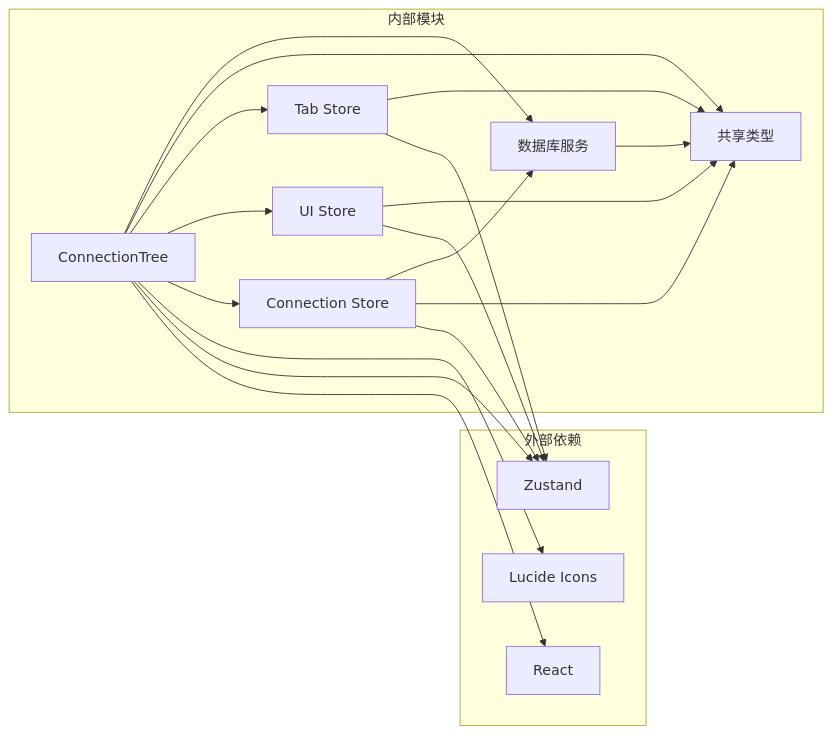
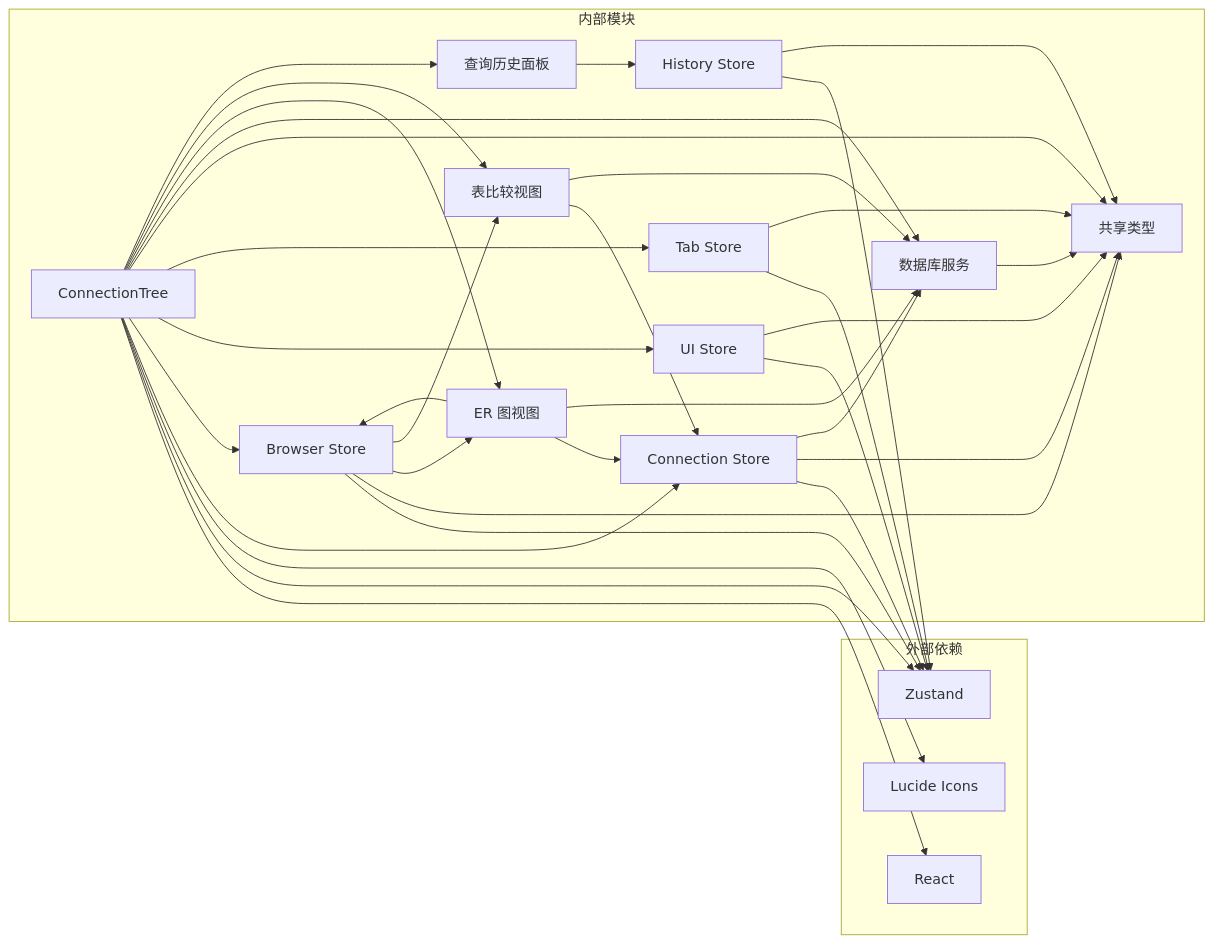
Diagram 13 of 13 in .qoder/repowiki/zh/content/前端组件系统/连接树组件.md (wwenbo2048/nexsql), drawn with Mermaid before and after one commit. The commit also changed other lines of this file and 19 other files, not shown here.

````diff
--- a/.qoder/repowiki/zh/content/前端组件系统/连接树组件.md
+++ b/.qoder/repowiki/zh/content/前端组件系统/连接树组件.md
@@ -259,32 +702,53 @@
 ```mermaid
 graph LR
 subgraph "外部依赖"
 React[React]
 Zustand[Zustand]
 Lucide[Lucide Icons]
 end
 subgraph "内部模块"
 ConnectionTree[ConnectionTree]
 ConnectionStore[Connection Store]
+BrowserStore[Browser Store]
 UiStore[UI Store]
 TabStore[Tab Store]
+HistoryStore[History Store]
 Types[共享类型]
 DbService[数据库服务]
+ERDiagramView[ER 图视图]
+TableCompareView[表比较视图]
+QueryHistoryPanel[查询历史面板]
 end
 ConnectionTree --> React
 ConnectionTree --> Zustand
 ConnectionTree --> Lucide
 ConnectionTree --> ConnectionStore
+ConnectionTree --> BrowserStore
 ConnectionTree --> UiStore
 ConnectionTree --> TabStore
 ConnectionTree --> Types
 ConnectionTree --> DbService
+ConnectionTree --> ERDiagramView
+ConnectionTree --> TableCompareView
+ConnectionTree --> QueryHistoryPanel
 ConnectionStore --> Zustand
 ConnectionStore --> Types
 ConnectionStore --> DbService
+BrowserStore --> Zustand
+BrowserStore --> Types
+BrowserStore --> ERDiagramView
+BrowserStore --> TableCompareView
 UiStore --> Zustand
 UiStore --> Types
 TabStore --> Zustand
 TabStore --> Types
+HistoryStore --> Zustand
+HistoryStore --> Types
 DbService --> Types
+ERDiagramView --> ConnectionStore
+ERDiagramView --> BrowserStore
+ERDiagramView --> DbService
+TableCompareView --> ConnectionStore
+TableCompareView --> DbService
+QueryHistoryPanel --> HistoryStore
 ```
````
